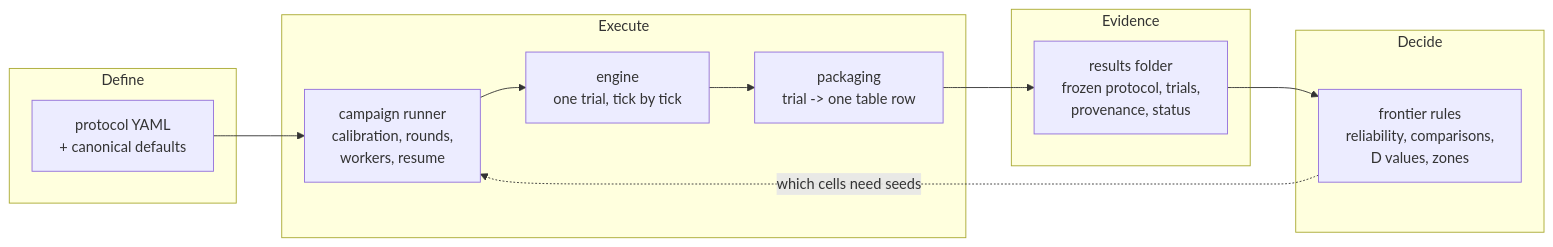
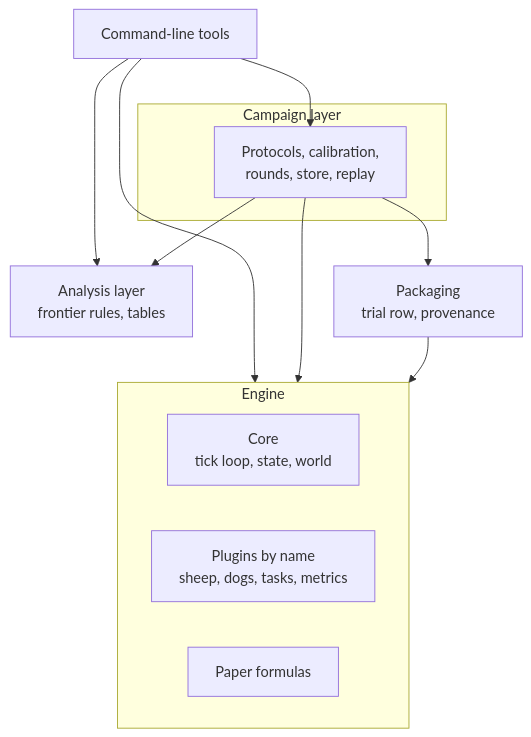
One commit to lykimq/HerdSim changed the first of 3 diagrams in docs/codes/architecture.md. Above: the diagram before and after it, drawn with Mermaid. The commit also changed other lines of this file and 10 other files, not shown here.

Commit message:
fix and work on the architecture

````diff
--- a/docs/codes/architecture.md
+++ b/docs/codes/architecture.md
@@ -17,24 +34,21 @@
 ```mermaid
-flowchart LR
-    subgraph define["Define"]
-        P["protocol YAML<br/>+ canonical defaults"]
+flowchart TB
+    tools["Command-line tools"]
+    subgraph run["Campaign layer"]
+        campaign["Protocols, calibration,<br/>rounds, store, replay"]
     end
-    subgraph execute["Execute"]
-        C["campaign runner<br/>calibration, rounds,<br/>workers, resume"]
-        E["engine<br/>one trial, tick by tick"]
-        K["packaging<br/>trial -> one table row"]
+    analysis["Analysis layer<br/>frontier rules, tables"]
+    packaging["Packaging<br/>trial row, provenance"]
+    subgraph engine["Engine"]
+        core["Core<br/>tick loop, state, world"]
+        plugins["Plugins by name<br/>sheep, dogs, tasks, metrics"]
+        formulas["Paper formulas"]
     end
-    subgraph evidence["Evidence"]
-        R["results folder<br/>frozen protocol, trials,<br/>provenance, status"]
-    end
-    subgraph decide["Decide"]
-        A["frontier rules<br/>reliability, comparisons,<br/>D values, zones"]
-    end
-
-    P --> C
-    C --> E
-    E --> K
-    K --> R
-    R --> A
-    A -. "which cells need seeds" .-> C
+    tools --> campaign
+    tools --> analysis
+    tools --> engine
+    campaign --> analysis
+    campaign --> packaging
+    campaign --> engine
+    packaging --> engine
 ```
````
